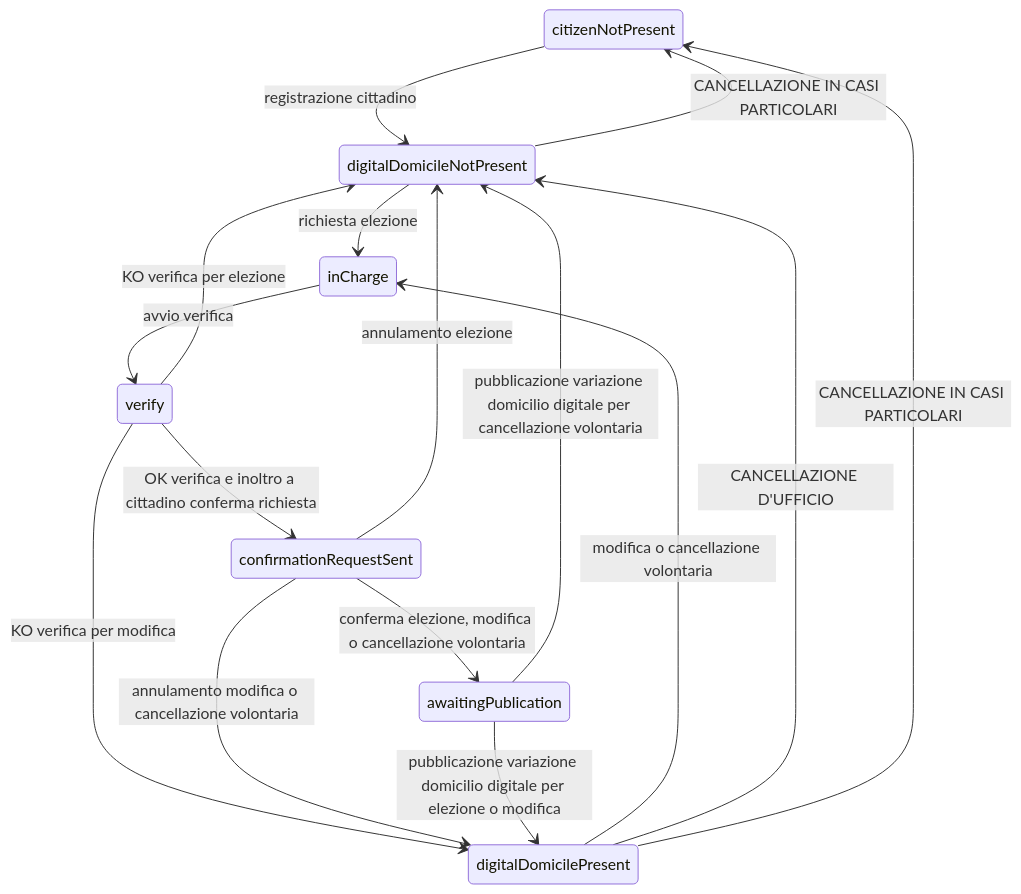
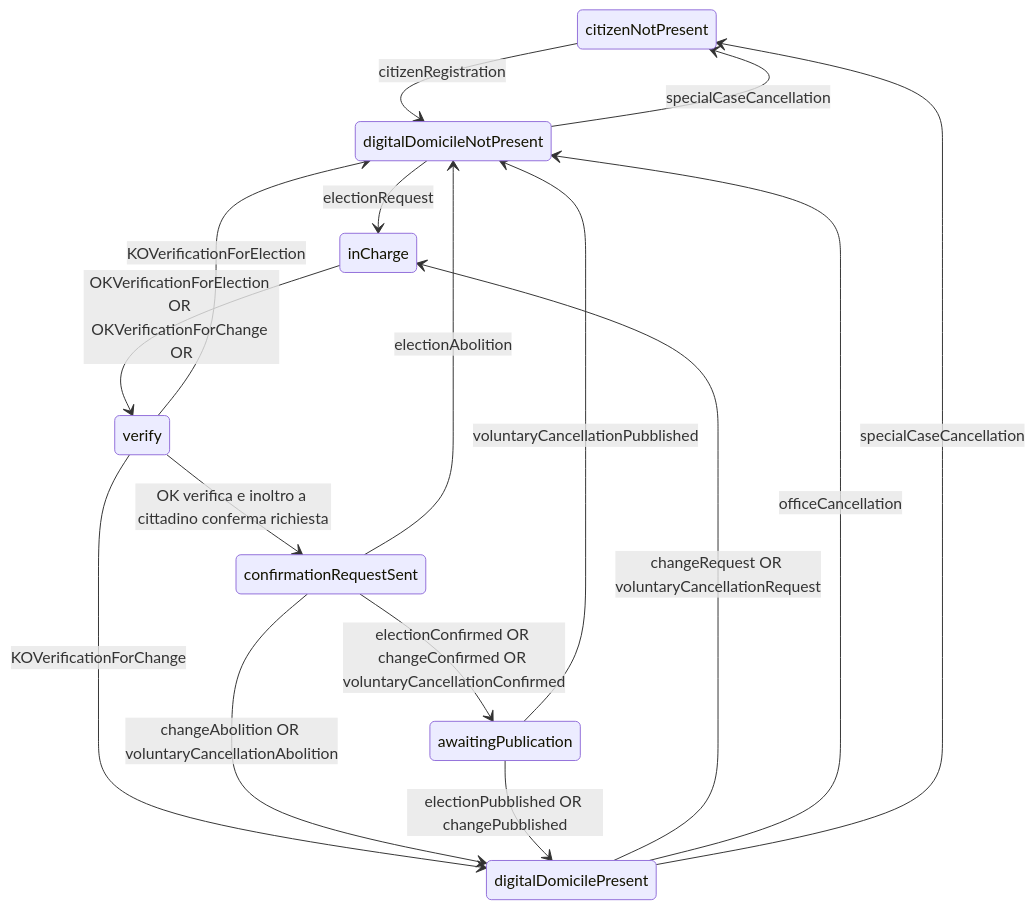
One commit to ioggstream/verify_integration_INAD_with_ANPR-IO changed the diagram in readme.md. Above: the diagram before and after it, drawn with Mermaid. The commit also changed other lines of this file and 11 other files, not shown here.

````diff
--- a/readme.md
+++ b/readme.md
@@ -478,32 +478,32 @@
 ```mermaid
   stateDiagram-v2
-    citizenNotPresent --> digitalDomicileNotPresent: registrazione cittadino  
+    citizenNotPresent --> digitalDomicileNotPresent: citizenRegistration  
 
-    digitalDomicileNotPresent --> inCharge: richiesta elezione
+    digitalDomicileNotPresent --> inCharge: electionRequest
 
-    digitalDomicilePresent --> inCharge: modifica o cancellazione volontaria    
+    digitalDomicilePresent --> inCharge: changeRequest OR voluntaryCancellationRequest    
 
-    inCharge --> verify: avvio verifica
+    inCharge --> verify: OKVerificationForElection OR OKVerificationForChange OR 
 
     verify --> confirmationRequestSent: OK verifica e inoltro a cittadino conferma richiesta
 
-    verify --> digitalDomicilePresent: KO verifica per modifica
+    verify --> digitalDomicilePresent: KOVerificationForChange
 
-    verify --> digitalDomicileNotPresent: KO verifica per elezione   
+    verify --> digitalDomicileNotPresent: KOVerificationForElection  
 
-    confirmationRequestSent --> awaitingPublication: conferma elezione, modifica o cancellazione volontaria 
+    confirmationRequestSent --> awaitingPublication: electionConfirmed OR changeConfirmed OR voluntaryCancellationConfirmed
 
-    confirmationRequestSent --> digitalDomicileNotPresent: annulamento elezione
+    confirmationRequestSent --> digitalDomicileNotPresent: electionAbolition
 
-    confirmationRequestSent --> digitalDomicilePresent: annulamento modifica o cancellazione volontaria
+    confirmationRequestSent --> digitalDomicilePresent: changeAbolition OR voluntaryCancellationAbolition
 
-    awaitingPublication --> digitalDomicilePresent: pubblicazione variazione domicilio digitale per elezione o modifica
+    awaitingPublication --> digitalDomicilePresent: electionPubblished OR changePubblished
     
-    awaitingPublication --> digitalDomicileNotPresent: pubblicazione variazione domicilio digitale per cancellazione volontaria
+    awaitingPublication --> digitalDomicileNotPresent: voluntaryCancellationPubblished
 
-    digitalDomicilePresent --> digitalDomicileNotPresent: CANCELLAZIONE D'UFFICIO
+    digitalDomicilePresent --> digitalDomicileNotPresent: officeCancellation
 
-    digitalDomicilePresent --> citizenNotPresent: CANCELLAZIONE IN CASI PARTICOLARI
+    digitalDomicilePresent --> citizenNotPresent: specialCaseCancellation
 
-    digitalDomicileNotPresent --> citizenNotPresent: CANCELLAZIONE IN CASI PARTICOLARI
+    digitalDomicileNotPresent --> citizenNotPresent: specialCaseCancellation
 ```
````
